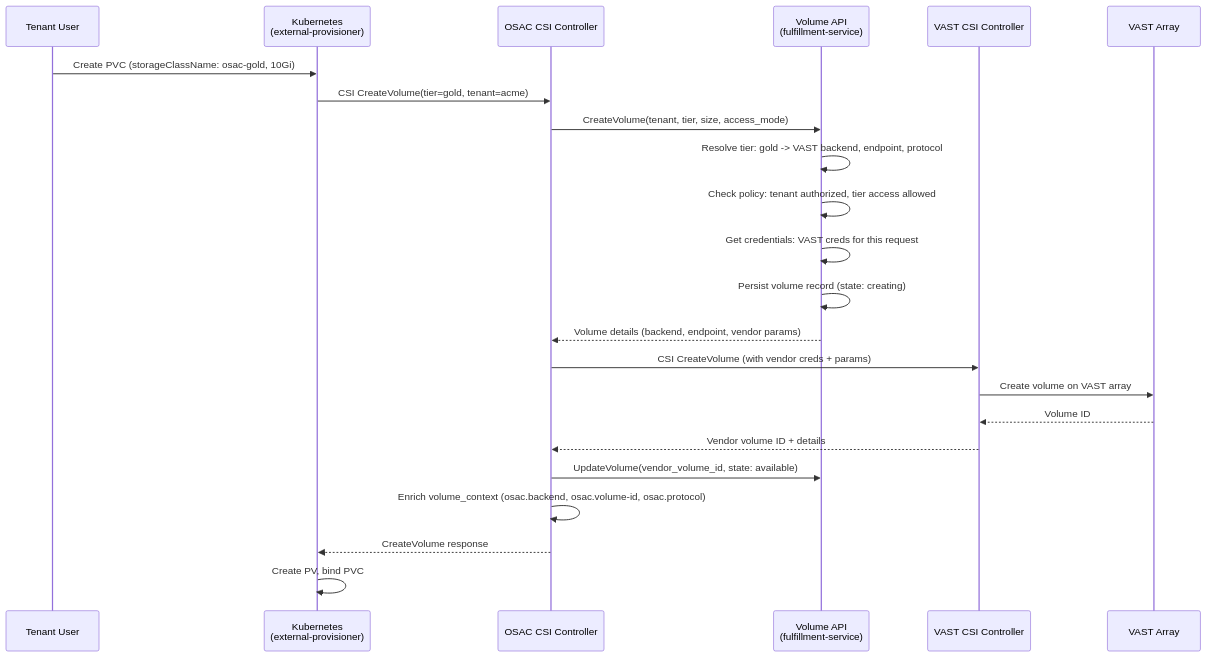
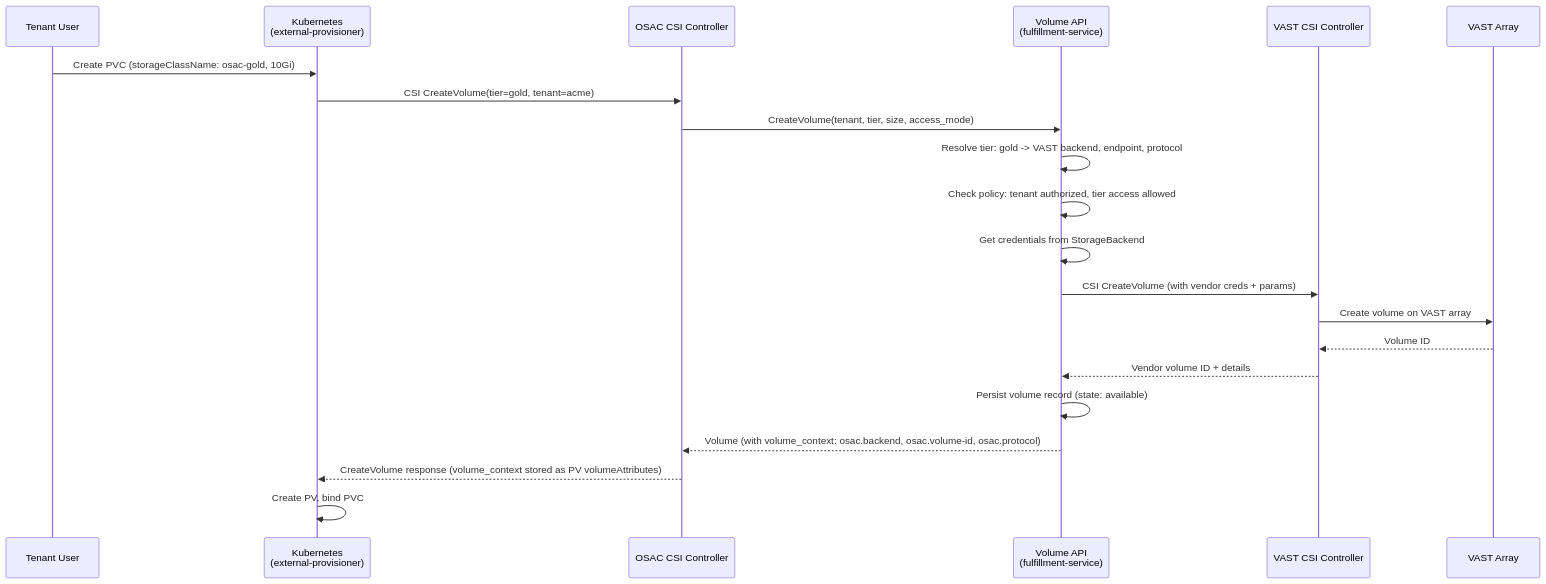
Before and after one commit to osac-project/enhancement-proposals: the second of 2 diagrams in enhancements/OSAC-2872-storage-control-plane/design.md, drawn with Mermaid. The commit also changed other lines of this file, not shown here.

First line of the commit message:
OSAC-2872: adopt server-side vendor proxy model per review

````diff
--- a/enhancements/OSAC-2872-storage-control-plane/design.md
+++ b/enhancements/OSAC-2872-storage-control-plane/design.md
@@ -112,26 +116,24 @@
 ```mermaid
 sequenceDiagram
     participant TU as Tenant User
     participant K8s as Kubernetes<br/>(external-provisioner)
     participant CSI as OSAC CSI Controller
     participant VolAPI as Volume API<br/>(fulfillment-service)
     participant VAST as VAST CSI Controller
     participant Array as VAST Array
 
     TU->>K8s: Create PVC (storageClassName: osac-gold, 10Gi)
     K8s->>CSI: CSI CreateVolume(tier=gold, tenant=acme)
     CSI->>VolAPI: CreateVolume(tenant, tier, size, access_mode)
     VolAPI->>VolAPI: Resolve tier: gold -> VAST backend, endpoint, protocol
     VolAPI->>VolAPI: Check policy: tenant authorized, tier access allowed
-    VolAPI->>VolAPI: Get credentials: VAST creds for this request
-    VolAPI->>VolAPI: Persist volume record (state: creating)
-    VolAPI-->>CSI: Volume details (backend, endpoint, vendor params)
-    CSI->>VAST: CSI CreateVolume (with vendor creds + params)
+    VolAPI->>VolAPI: Get credentials from StorageBackend
+    VolAPI->>VAST: CSI CreateVolume (with vendor creds + params)
     VAST->>Array: Create volume on VAST array
     Array-->>VAST: Volume ID
-    VAST-->>CSI: Vendor volume ID + details
-    CSI->>VolAPI: UpdateVolume(vendor_volume_id, state: available)
-    CSI->>CSI: Enrich volume_context (osac.backend, osac.volume-id, osac.protocol)
-    CSI-->>K8s: CreateVolume response
+    VAST-->>VolAPI: Vendor volume ID + details
+    VolAPI->>VolAPI: Persist volume record (state: available)
+    VolAPI-->>CSI: Volume (with volume_context: osac.backend, osac.volume-id, osac.protocol)
+    CSI-->>K8s: CreateVolume response (volume_context stored as PV volumeAttributes)
     K8s->>K8s: Create PV, bind PVC
 ```
````
